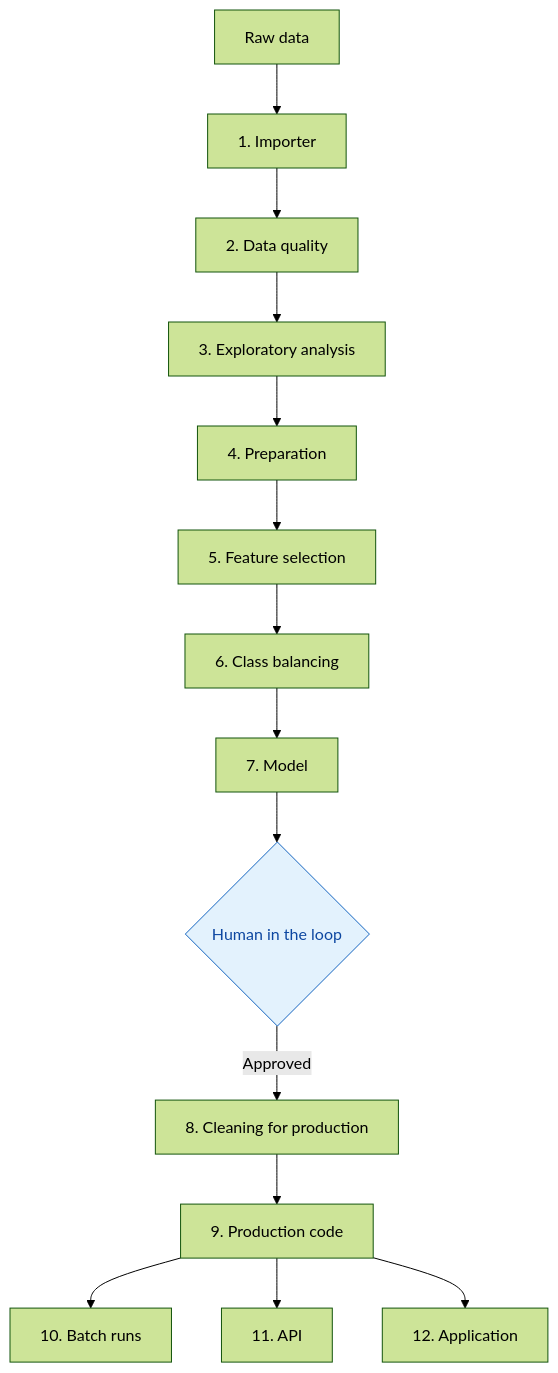
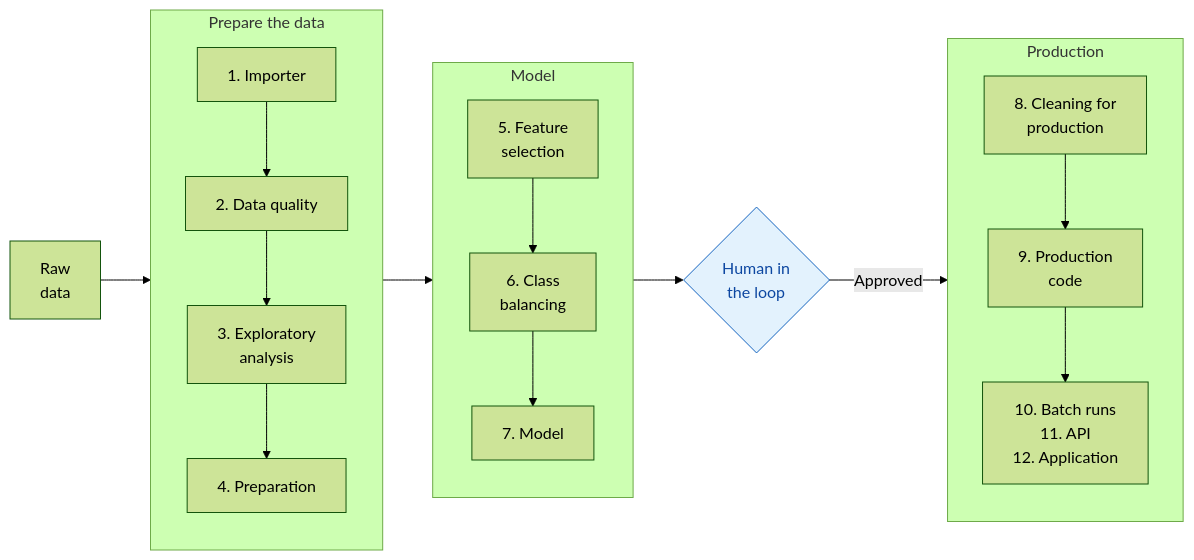
One commit to jleonceo/portfolio-juan-luis changed the third of 3 diagrams in README.en.md. Above: the diagram before and after it, drawn with Mermaid (forest theme). The commit also changed other lines of this file and 1 other file, not shown here.

Commit message:
Esquemas: la factura y el análisis de datos pasan a horizontal
Los dos esquemas largos ocupaban más de una pantalla cada uno. Ahora van
de izquierda a derecha, con los pasos agrupados en columnas.

````diff
--- a/README.en.md
+++ b/README.en.md
@@ -83,18 +85,25 @@
 ```mermaid
-flowchart TD
-    D[Raw data] --> A1[1. Importer]
-    A1 --> A2[2. Data quality]
-    A2 --> A3[3. Exploratory analysis]
-    A3 --> A4[4. Preparation]
-    A4 --> A5[5. Feature selection]
-    A5 --> A6[6. Class balancing]
-    A6 --> A7[7. Model]
-    A7 --> P{Human in the loop}
-    P -->|Approved| A8[8. Cleaning for production]
-    A8 --> A9[9. Production code]
-    A9 --> A10[10. Batch runs]
-    A9 --> A11[11. API]
-    A9 --> A12[12. Application]
+flowchart LR
+    D[Raw<br/>data] --> F1
+    subgraph F1[Prepare the data]
+        direction TB
+        A1[1. Importer] --> A2[2. Data quality]
+        A2 --> A3[3. Exploratory<br/>analysis]
+        A3 --> A4[4. Preparation]
+    end
+    subgraph F2[Model]
+        direction TB
+        A5[5. Feature<br/>selection] --> A6[6. Class<br/>balancing]
+        A6 --> A7[7. Model]
+    end
+    subgraph F3[Production]
+        direction TB
+        A8[8. Cleaning for<br/>production] --> A9[9. Production<br/>code]
+        A9 --> A10[10. Batch runs<br/>11. API<br/>12. Application]
+    end
+    F1 --> F2
+    F2 --> P{Human in<br/>the loop}
+    P -->|Approved| F3
 
     style P fill:#e3f2fd,stroke:#1565c0,color:#0d47a1
 ```
````
